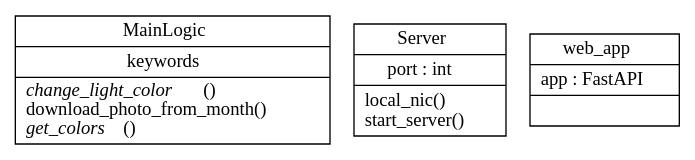
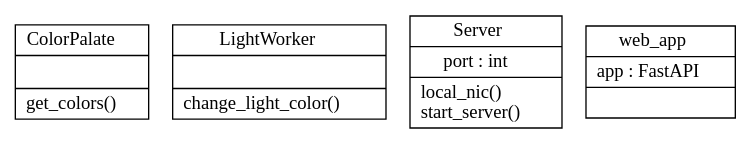
One commit to Jelloeater/porch_light changed the diagram in docs/classes.dot. Above: the diagram before and after it, drawn with Graphviz. The commit also changed 4 other files, not shown here.

```diff
--- a/docs/classes.dot
+++ b/docs/classes.dot
@@ -1,7 +1,8 @@
 digraph "classes" {
 rankdir=BT
 charset="utf-8"
-"pl_worker.porch_light.MainLogic" [color="black", fontcolor="black", label=<{MainLogic|keywords<br ALIGN="LEFT"/>|<I>change_light_color</I>()<br ALIGN="LEFT"/>download_photo_from_month()<br ALIGN="LEFT"/><I>get_colors</I>()<br ALIGN="LEFT"/>}>, shape="record", style="solid"];
+"pl_worker.porch_light.ColorPalate" [color="black", fontcolor="black", label=<{ColorPalate|<br ALIGN="LEFT"/>|get_colors()<br ALIGN="LEFT"/>}>, shape="record", style="solid"];
+"pl_worker.porch_light.LightWorker" [color="black", fontcolor="black", label=<{LightWorker|<br ALIGN="LEFT"/>|change_light_color()<br ALIGN="LEFT"/>}>, shape="record", style="solid"];
 "pl_worker.webserver.Server" [color="black", fontcolor="black", label=<{Server|port : int<br ALIGN="LEFT"/>|local_nic()<br ALIGN="LEFT"/>start_server()<br ALIGN="LEFT"/>}>, shape="record", style="solid"];
 "pl_worker.webserver.web_app" [color="black", fontcolor="black", label=<{web_app|app : FastAPI<br ALIGN="LEFT"/>|}>, shape="record", style="solid"];
 }
```
